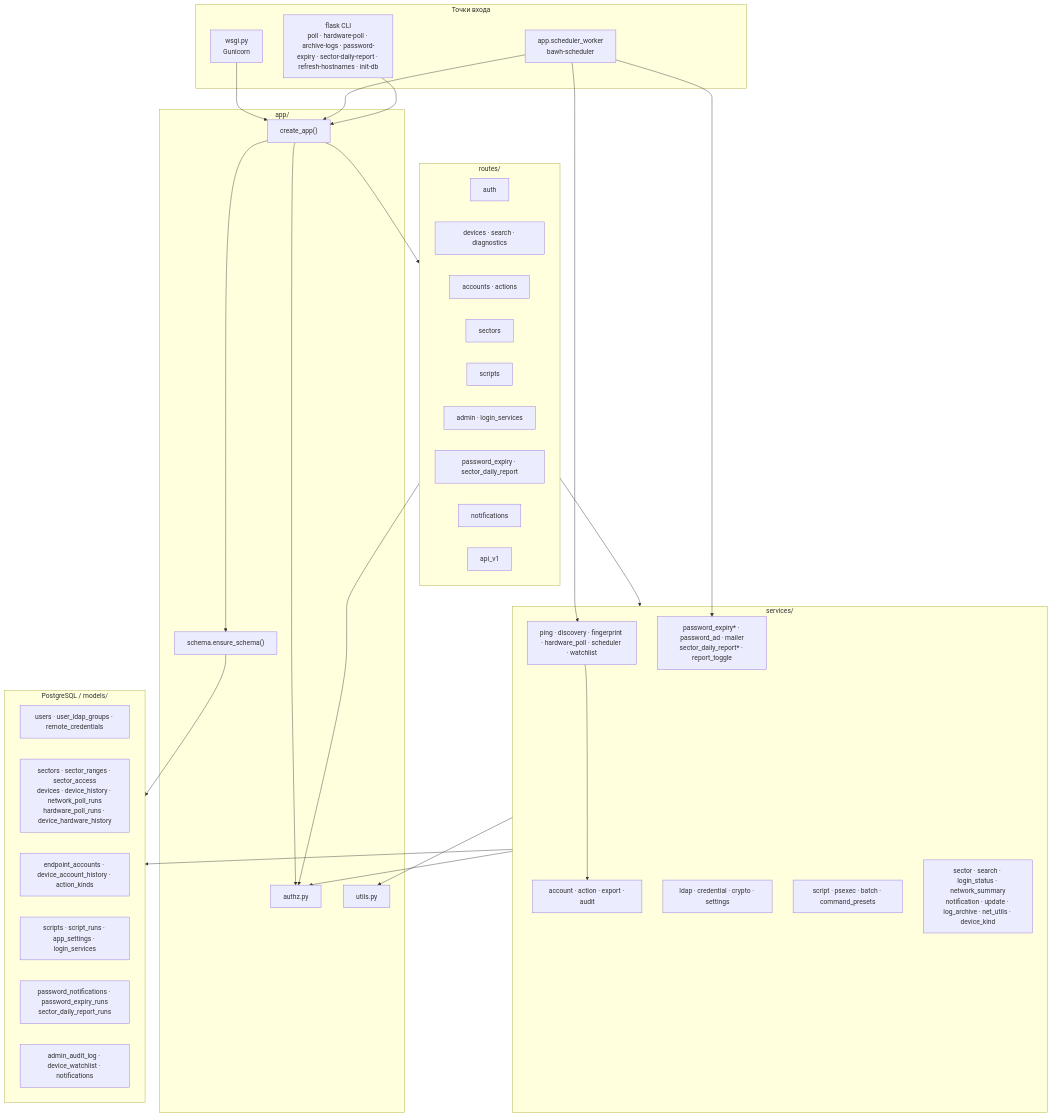
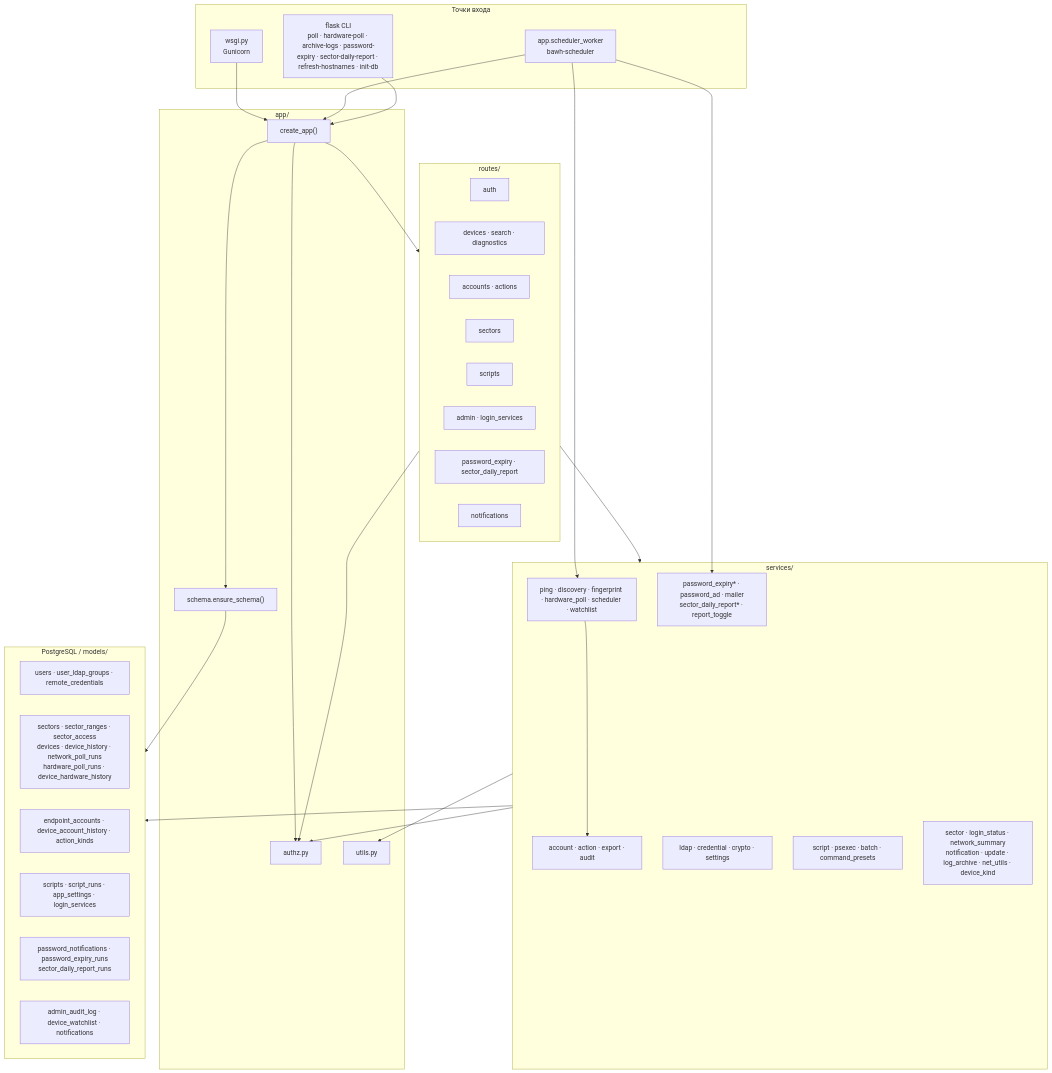
The first of 2 diagrams in docs/ARCHITECTURE.md (blazerity/admin-webhelper), drawn with Mermaid before and after one commit. The commit also changed other lines of this file and 13 other files, not shown here.

First line of the commit message:
v1.6.0: убрать legacy API/search и зафиксировать локальные артефакты (#56)

````diff
--- a/docs/ARCHITECTURE.md
+++ b/docs/ARCHITECTURE.md
@@ -115,61 +116,60 @@
 ```mermaid
 flowchart TB
   subgraph entry["Точки входа"]
     WSGI["wsgi.py<br/>Gunicorn"]
     SCHED["app.scheduler_worker<br/>bawh-scheduler"]
     CLI["flask CLI<br/>poll · hardware-poll · archive-logs · password-expiry · sector-daily-report · refresh-hostnames · init-db"]
   end
 
   subgraph app_core["app/"]
     CREATE["create_app()"]
     SCHEMA["schema.ensure_schema()"]
     AUTH["authz.py"]
     UTILS["utils.py"]
   end
 
   subgraph http["routes/"]
     R_AUTH["auth"]
     R_DEV["devices · search · diagnostics"]
     R_ACC["accounts · actions"]
     R_SEC["sectors"]
     R_SCR["scripts"]
     R_ADM["admin · login_services"]
     R_PWD["password_expiry · sector_daily_report"]
     R_NTF["notifications"]
-    R_API["api_v1"]
   end
 
   subgraph services["services/"]
     S_POLL["ping · discovery · fingerprint · hardware_poll · scheduler · watchlist"]
     S_ACC["account · action · export · audit"]
     S_ID["ldap · credential · crypto · settings"]
     S_RUN["script · psexec · batch · command_presets"]
     S_PWD["password_expiry* · password_ad · mailer<br/>sector_daily_report* · report_toggle"]
-    S_OTH["sector · search · login_status · network_summary<br/>notification · update · log_archive · net_utils · device_kind"]
+    S_OTH["sector · login_status · network_summary<br/>notification · update · log_archive · net_utils · device_kind"]
   end
 
   subgraph data["PostgreSQL / models/"]
     M_USER["users · user_ldap_groups · remote_credentials"]
     M_NET["sectors · sector_ranges · sector_access<br/>devices · device_history · network_poll_runs<br/>hardware_poll_runs · device_hardware_history"]
     M_ACC["endpoint_accounts · device_account_history · action_kinds"]
     M_SCR["scripts · script_runs · app_settings · login_services"]
     M_PWD["password_notifications · password_expiry_runs<br/>sector_daily_report_runs"]
     M_NTF["admin_audit_log · device_watchlist · notifications"]
   end
 
   WSGI --> CREATE
   SCHED --> CREATE
   CLI --> CREATE
   CREATE --> SCHEMA
   CREATE --> http
   CREATE --> AUTH
   http --> services
   http --> AUTH
   SCHED --> S_POLL
   SCHED --> S_PWD
   services --> data
   services --> AUTH
   services --> UTILS
   S_POLL --> S_ACC
   SCHEMA --> data
 ```
````
